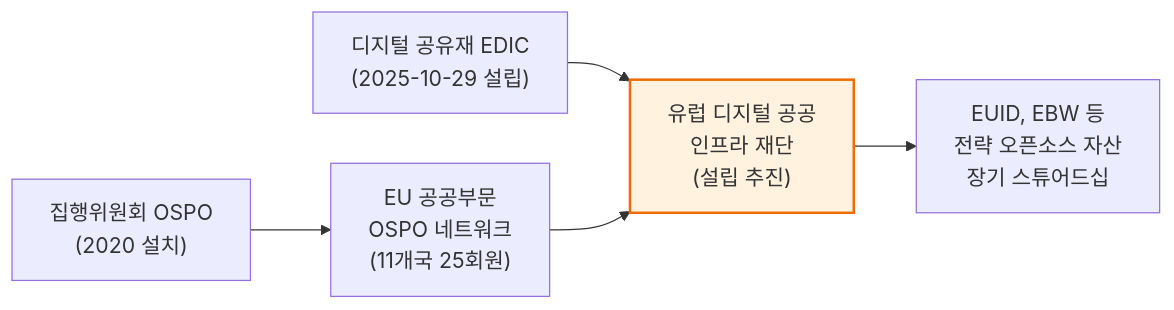
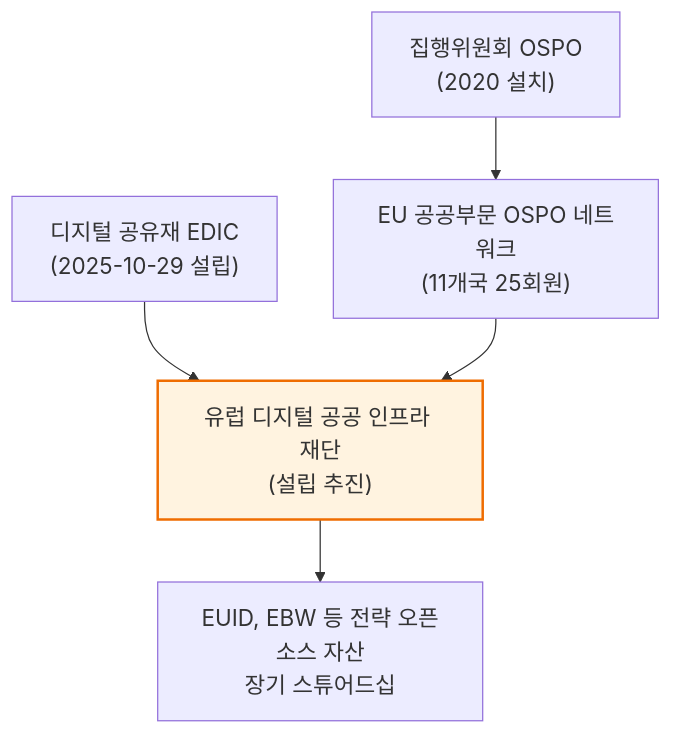
One commit to haksungjang/haksungjang.github.io changed the second of 3 diagrams in content/en/research/2026-eu-open-source-strategy/_index.md. Above: the diagram before and after it, drawn with Mermaid. The commit also changed other lines of this file, not shown here.

Commit message:
research: EU 오픈소스 전략 보고서 합쇼체 전환과 번역투 퇴고, 도식 세로 재구성

````diff
--- a/content/en/research/2026-eu-open-source-strategy/_index.md
+++ b/content/en/research/2026-eu-open-source-strategy/_index.md
@@ -68,9 +73,9 @@
 ```mermaid
-%%{init: {'theme':'default', 'themeVariables': {'fontSize':'17px'}, 'flowchart': {'nodeSpacing': 40, 'rankSpacing': 50}} }%%
-flowchart LR
-    EC["집행위원회 OSPO<br/>(2020 설치)"] --> NET["EU 공공부문<br/>OSPO 네트워크<br/>(11개국 25회원)"]
-    EDIC["디지털 공유재 EDIC<br/>(2025-10-29 설립)"] --> FND["유럽 디지털 공공<br/>인프라 재단<br/>(설립 추진)"]
+%%{init: {'theme':'default', 'themeVariables': {'fontSize':'18px'}, 'flowchart': {'nodeSpacing': 45, 'rankSpacing': 50}} }%%
+flowchart TD
+    EC["집행위원회 OSPO<br/>(2020 설치)"] --> NET["EU 공공부문 OSPO 네트워크<br/>(11개국 25회원)"]
+    EDIC["디지털 공유재 EDIC<br/>(2025-10-29 설립)"] --> FND["유럽 디지털 공공 인프라 재단<br/>(설립 추진)"]
     NET --> FND
-    FND --> ASSET["EUID, EBW 등<br/>전략 오픈소스 자산<br/>장기 스튜어드십"]
+    FND --> ASSET["EUID, EBW 등 전략 오픈소스 자산<br/>장기 스튜어드십"]
     style FND fill:#fff3e0,stroke:#ef6c00,stroke-width:2px
 ```
````
